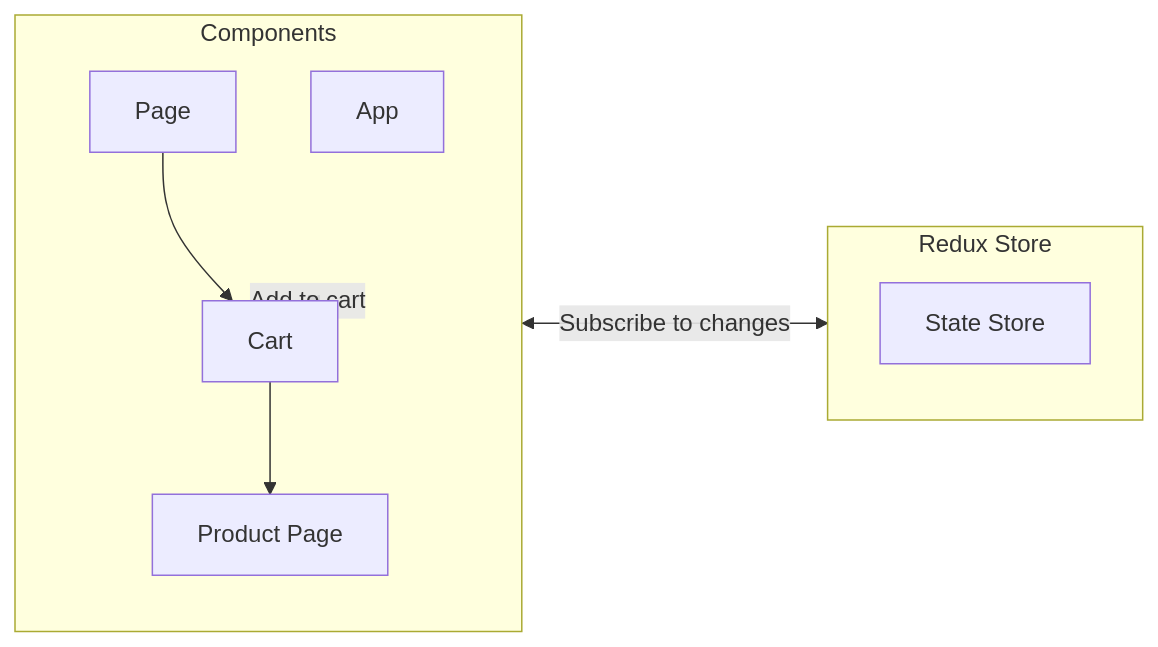
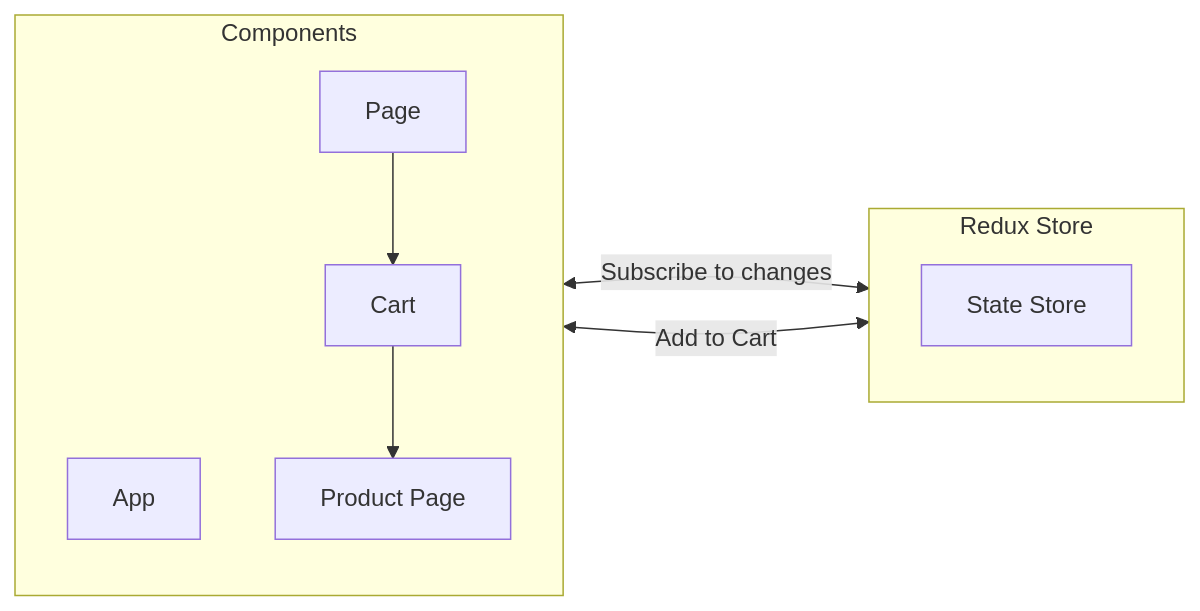
One commit to oreximus/learnings changed the second of 2 diagrams in InformationTechnology/WebDevelopment/redux.md. Above: the diagram before and after it, drawn with Mermaid.

Commit message:
[nb] Edit: InformationTechnology/WebDevelopment/redux.md

````diff
--- a/InformationTechnology/WebDevelopment/redux.md
+++ b/InformationTechnology/WebDevelopment/redux.md
@@ -40,14 +40,14 @@
 ```mermaid
 flowchart LR
     subgraph id1["Components"]
+    A["App"]
     direction TB
-    A["App"]
-        B["Page"] --> C["Cart"]
-        C --> D["Product Page"]
+    B["Page"] --> C["Cart"]
+    C --> D["Product Page"]
     end
     subgraph id2["Redux Store"]
     F["State Store"]
     end
     id1 <-- "Subscribe to changes" --> id2
-    id1 <-- "Add to cart" --> C
+    D <-- "Add to Cart" --> id2
 ```
````
